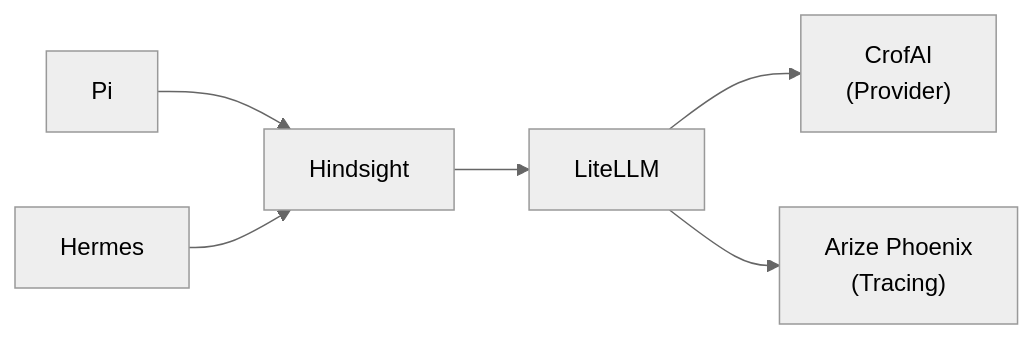
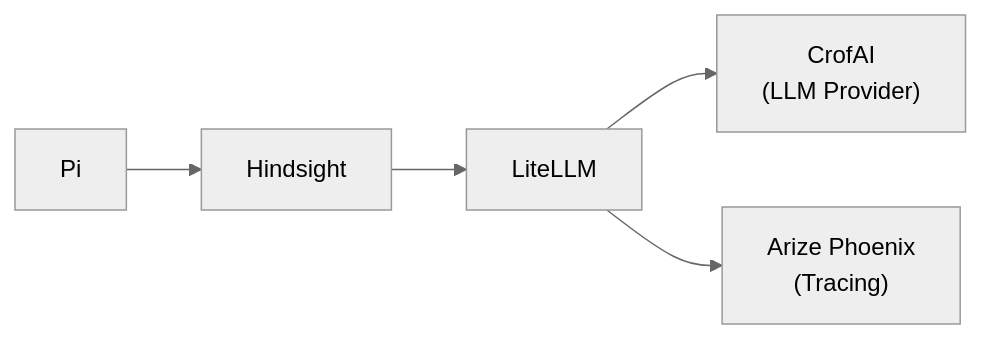
The first of 2 diagrams in README.ko.md (harryplusplus/nailed-it), drawn with Mermaid (neutral theme) before and after one commit. The commit also changed other lines of this file, not shown here.

````diff
--- a/README.ko.md
+++ b/README.ko.md
@@ -10,16 +54,14 @@
 ```mermaid
 flowchart LR
 
 pi["Pi"]
-hermes["Hermes"]
 hindsight["Hindsight"]
 litellm["LiteLLM"]
-crof["CrofAI<br/>(Provider)"]
+crof["CrofAI<br/>(LLM Provider)"]
 phoenix["Arize Phoenix<br/>(Tracing)"]
 
 pi --> hindsight
-hermes --> hindsight
 hindsight --> litellm
 litellm --> crof
 litellm --> phoenix
 ```
````
